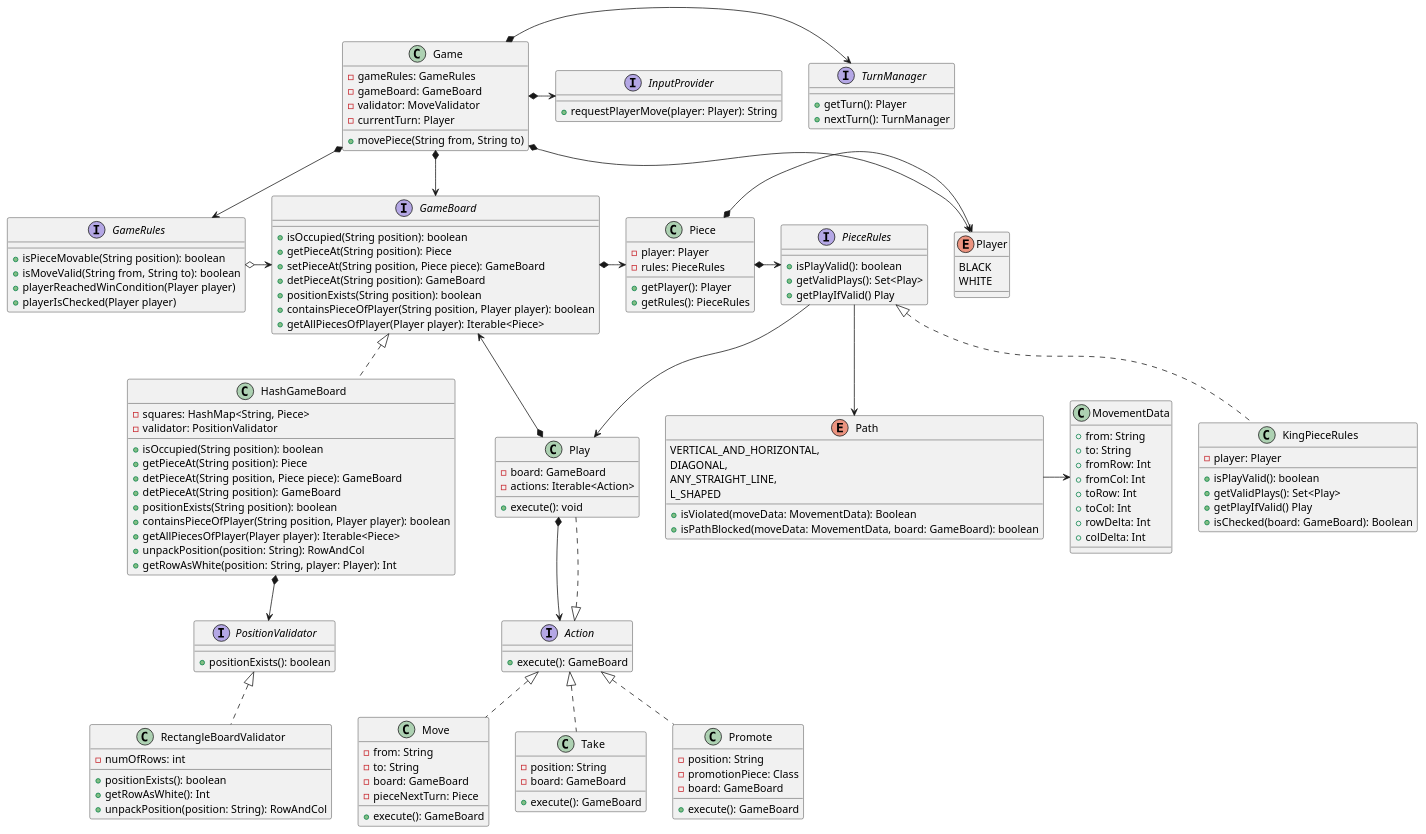
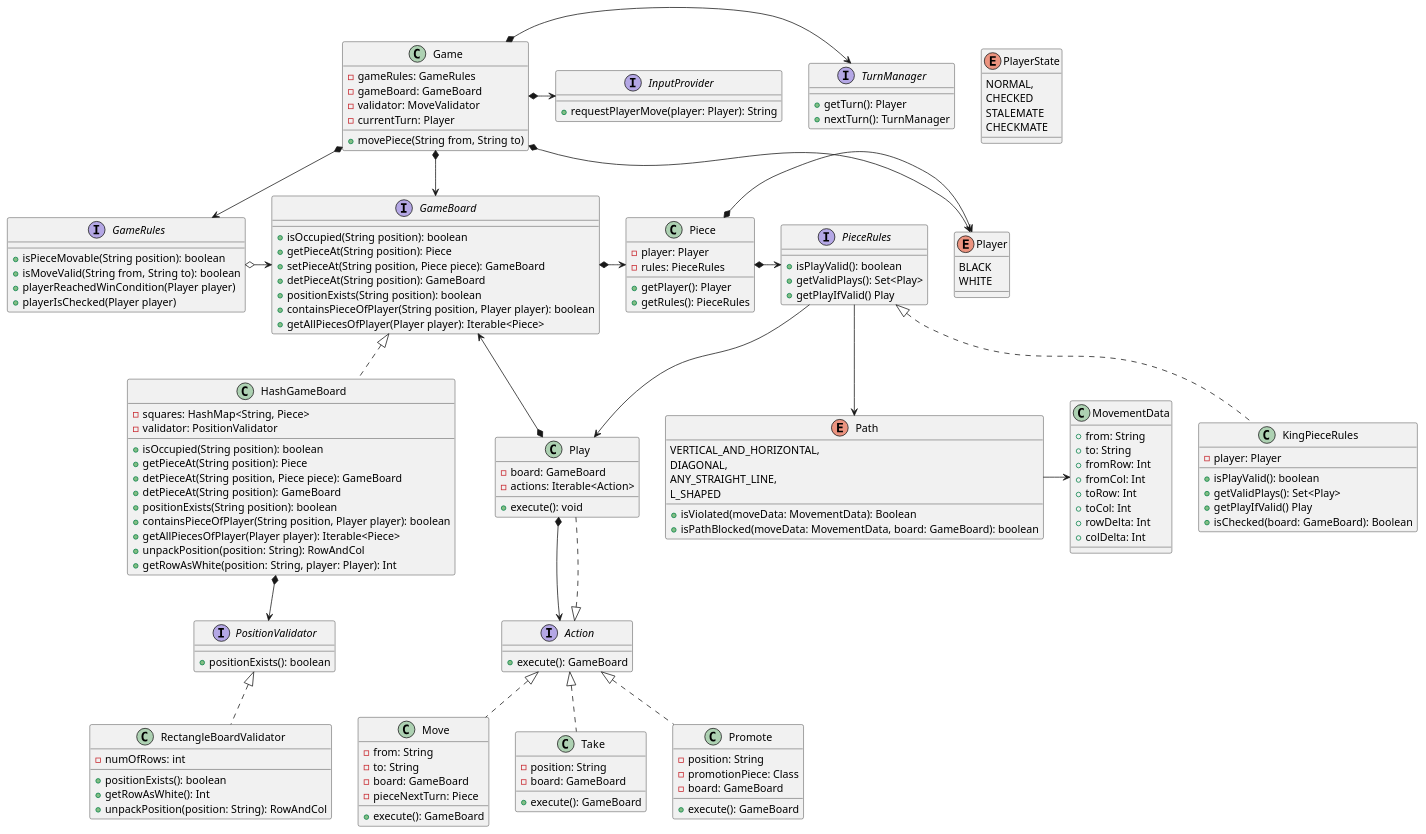
Before and after one commit to TomRolB/chess-framework: the diagram in diagrams/Chess.puml, drawn with PlantUML. The commit also changed 6 other files, not shown here.

Commit message:
Implemented checkmate and stalemate with minor tests

```diff
--- a/diagrams/Chess.puml
+++ b/diagrams/Chess.puml
@@ -172,6 +172,13 @@
     + isChecked(board: GameBoard): Boolean
 }
 
+enum PlayerState {
+    NORMAL,
+    CHECKED
+    STALEMATE
+    CHECKMATE
+}
+
 enum Path {
     VERTICAL_AND_HORIZONTAL,
     DIAGONAL,
```
